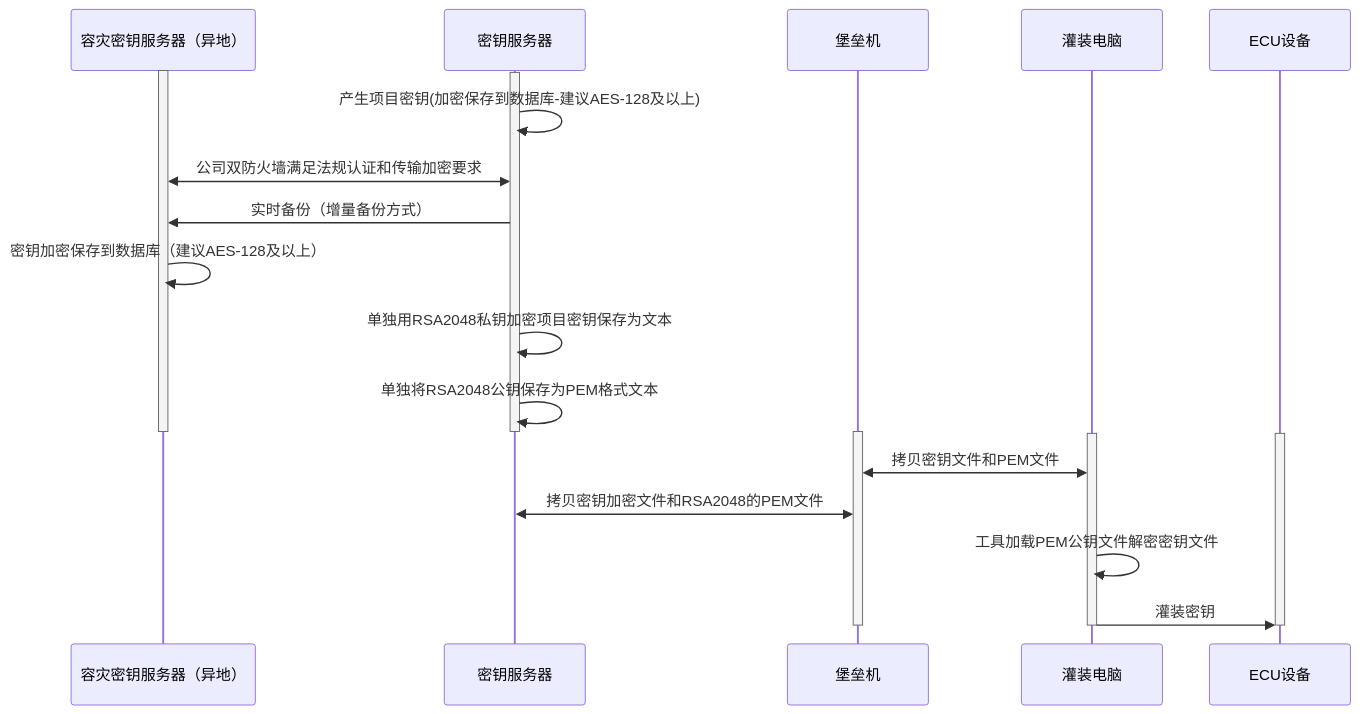
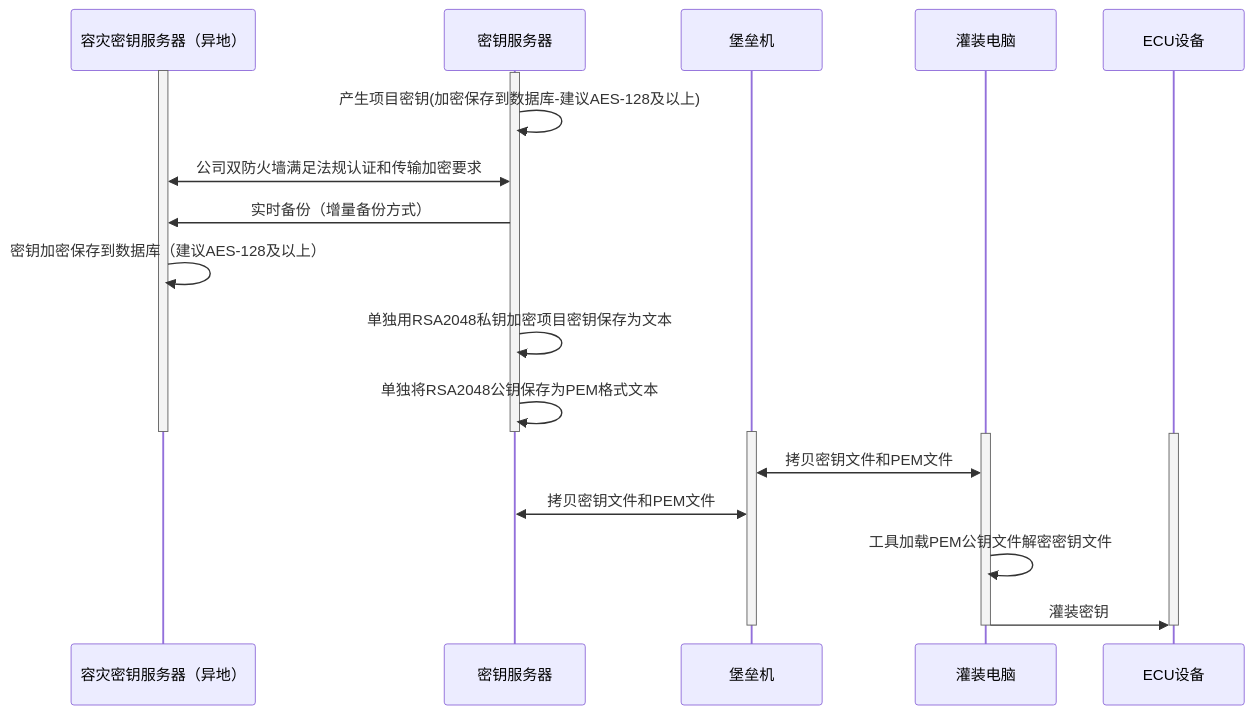
The diagram in all/未命名-15.md (facebook-cloud/iodraw-files), drawn with Mermaid before and after one commit.

Commit message:
2026-02-07 14:09:27 update

````diff
--- a/all/未命名-15.md
+++ b/all/未命名-15.md
@@ -1,32 +1,32 @@
 ```mermaid
 sequenceDiagram
     participant A as 容灾密钥服务器（异地）
     participant B as 密钥服务器
     participant C as 堡垒机
     participant D as 灌装电脑
     participant E as ECU设备
 
     activate A
     activate B
     B->>B: 产生项目密钥(加密保存到数据库-建议AES-128及以上)
     A<<->>B: 公司双防火墙满足法规认证和传输加密要求
     B->>A: 实时备份（增量备份方式）
     A->>A: 密钥加密保存到数据库（建议AES-128及以上）
     B->>B: 单独用RSA2048私钥加密项目密钥保存为文本
     B->>B: 单独将RSA2048公钥保存为PEM格式文本
     deactivate B
     deactivate A
 
     activate C
     activate D
     activate E
 
     D<<->>C: 拷贝密钥文件和PEM文件
-    C<<->>B: 拷贝密钥加密文件和RSA2048的PEM文件
+    C<<->>B: 拷贝密钥文件和PEM文件
     D->>D:工具加载PEM公钥文件解密密钥文件
     D->>E: 灌装密钥
     deactivate C
     deactivate D
     deactivate E
 
 ```
````
